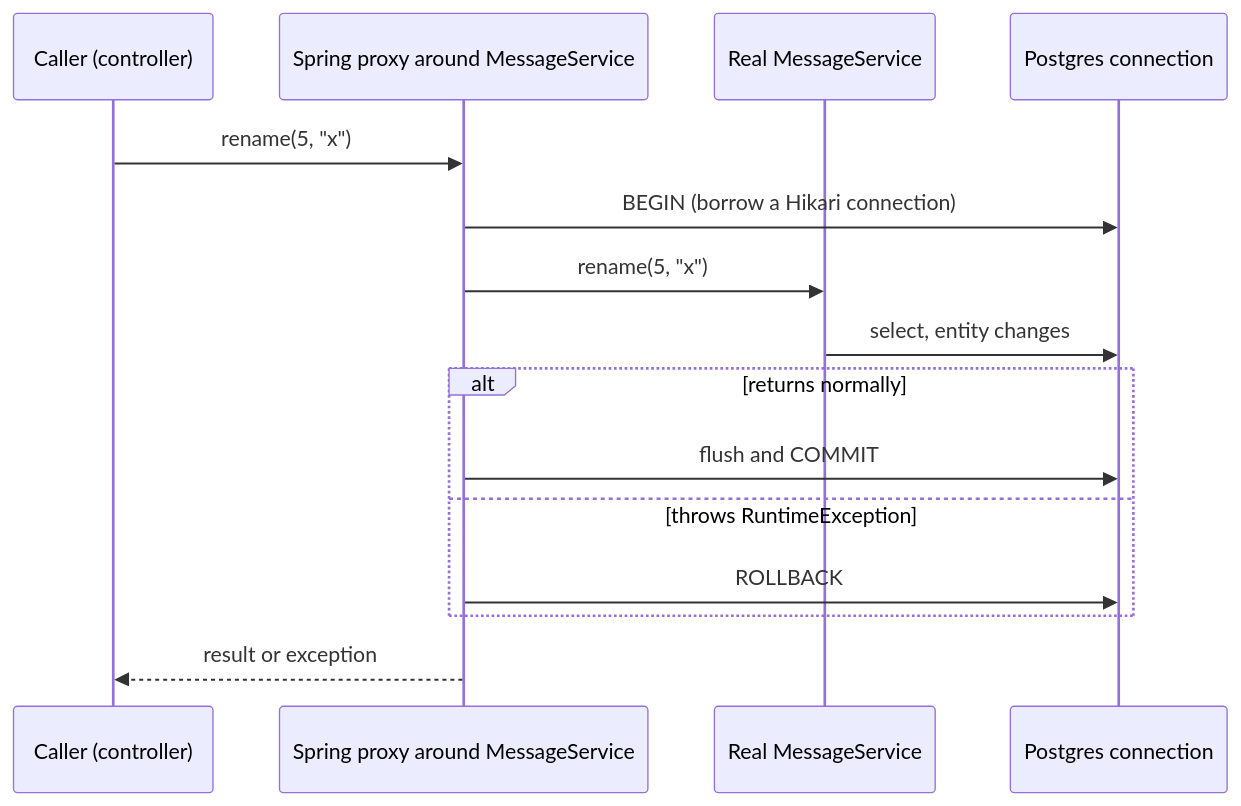
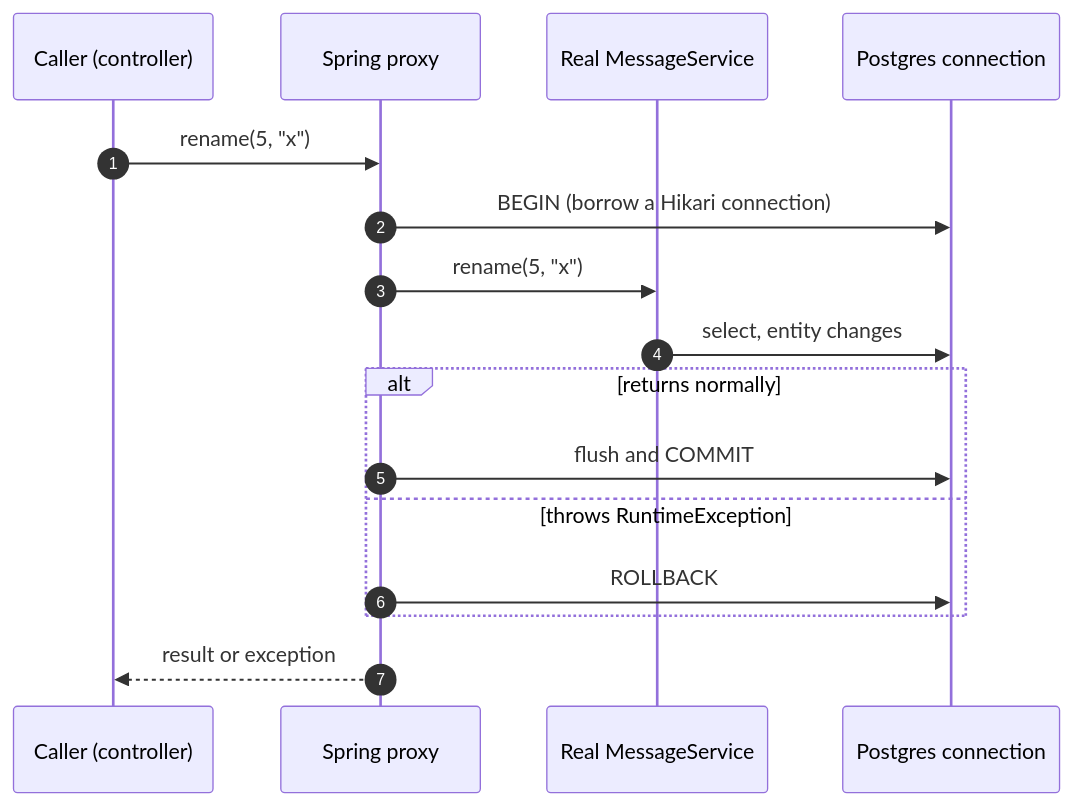
The second of 4 diagrams in content/notes/spring-boot-system-design/02-persistence/transactions-in-spring.md (Sriram-Karthick-k/progress-tracker), drawn with Mermaid before and after one commit. The commit also changed other lines of this file and 18 other files, not shown here.

````diff
--- a/content/notes/spring-boot-system-design/02-persistence/transactions-in-spring.md
+++ b/content/notes/spring-boot-system-design/02-persistence/transactions-in-spring.md
@@ -18,17 +54,18 @@
 ```mermaid
 sequenceDiagram
+  autonumber
   participant C as Caller (controller)
-  participant P as Spring proxy around MessageService
+  participant P as Spring proxy
   participant S as Real MessageService
   participant DB as Postgres connection
   C->>P: rename(5, "x")
   P->>DB: BEGIN (borrow a Hikari connection)
   P->>S: rename(5, "x")
   S->>DB: select, entity changes
   alt returns normally
     P->>DB: flush and COMMIT
   else throws RuntimeException
     P->>DB: ROLLBACK
   end
   P-->>C: result or exception
 ```
````
